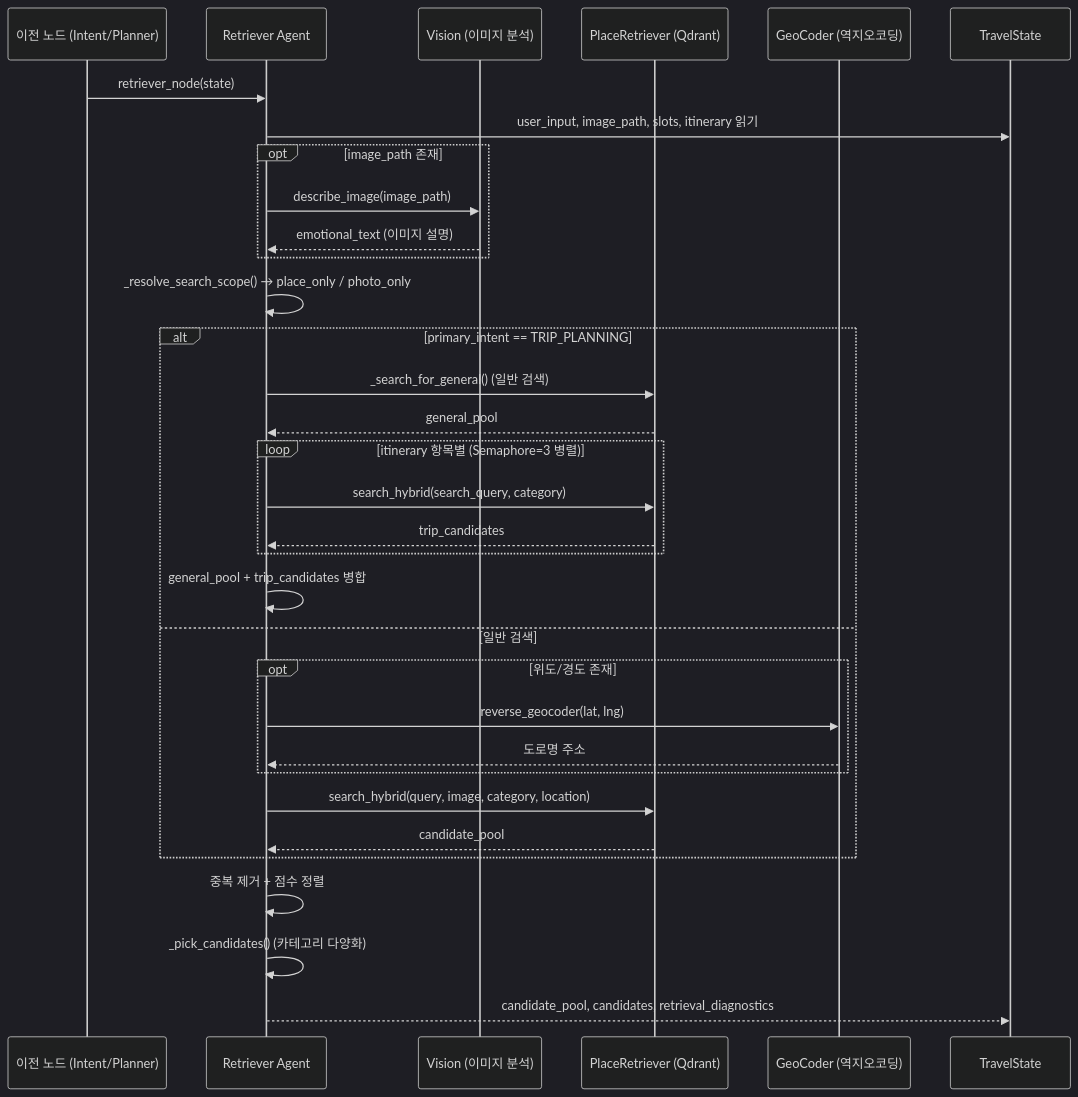
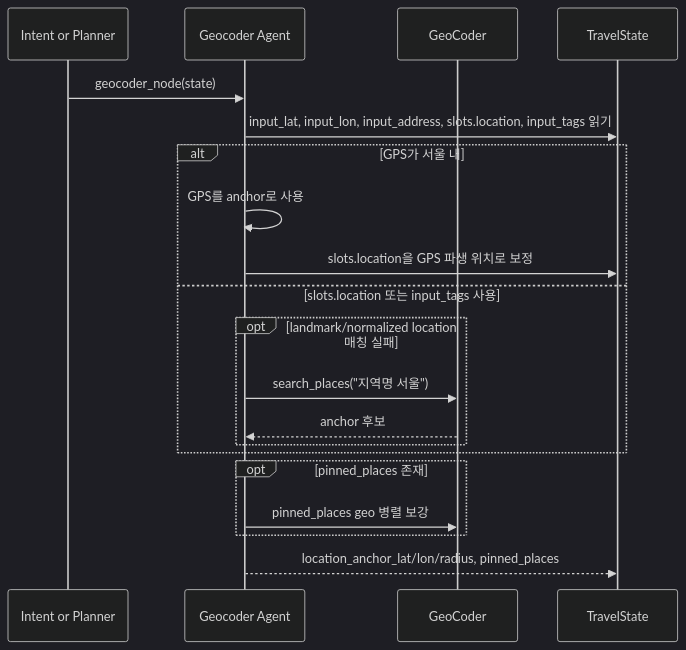
One commit to SKNETWORKS-FAMILY-AICAMP/SKN21-FINAL-2Team changed the fifth of 9 diagrams in docs/agent_sequence_diagrams.md. Above: the diagram before and after it, drawn with Mermaid (dark theme). The commit also changed other lines of this file and 6 other files, not shown here.

````diff
--- a/docs/agent_sequence_diagrams.md
+++ b/docs/agent_sequence_diagrams.md
@@ -245,40 +188,26 @@
 ```mermaid
 sequenceDiagram
-    participant Prev as 이전 노드 (Intent/Planner)
-    participant Retriever as Retriever Agent
-    participant Vision as Vision (이미지 분석)
-    participant PlaceDB as PlaceRetriever (Qdrant)
-    participant GeoCoder as GeoCoder (역지오코딩)
+    participant Prev as Intent or Planner
+    participant Geocoder as Geocoder Agent
+    participant Naver as GeoCoder
     participant State as TravelState
 
-    Prev->>Retriever: retriever_node(state)
-    Retriever->>State: user_input, image_path, slots, itinerary 읽기
+    Prev->>Geocoder: geocoder_node(state)
+    Geocoder->>State: input_lat, input_lon, input_address, slots.location, input_tags 읽기
 
-    opt image_path 존재
-        Retriever->>Vision: describe_image(image_path)
-        Vision-->>Retriever: emotional_text (이미지 설명)
+    alt GPS가 서울 내
+        Geocoder->>Geocoder: GPS를 anchor로 사용
+        Geocoder->>State: slots.location을 GPS 파생 위치로 보정
+    else slots.location 또는 input_tags 사용
+        opt landmark/normalized location 매칭 실패
+            Geocoder->>Naver: search_places("지역명 서울")
+            Naver-->>Geocoder: anchor 후보
+        end
     end
 
-    Retriever->>Retriever: _resolve_search_scope() → place_only / photo_only
-
-    alt primary_intent == TRIP_PLANNING
-        Retriever->>PlaceDB: _search_for_general() (일반 검색)
-        PlaceDB-->>Retriever: general_pool
-        loop itinerary 항목별 (Semaphore=3 병렬)
-            Retriever->>PlaceDB: search_hybrid(search_query, category)
-            PlaceDB-->>Retriever: trip_candidates
-        end
-        Retriever->>Retriever: general_pool + trip_candidates 병합
-    else 일반 검색
-        opt 위도/경도 존재
-            Retriever->>GeoCoder: reverse_geocoder(lat, lng)
-            GeoCoder-->>Retriever: 도로명 주소
-        end
-        Retriever->>PlaceDB: search_hybrid(query, image, category, location)
-        PlaceDB-->>Retriever: candidate_pool
+    opt pinned_places 존재
+        Geocoder->>Naver: pinned_places geo 병렬 보강
     end
 
-    Retriever->>Retriever: 중복 제거 + 점수 정렬
-    Retriever->>Retriever: _pick_candidates() (카테고리 다양화)
-    Retriever-->>State: candidate_pool, candidates, retrieval_diagnostics
+    Geocoder-->>State: location_anchor_lat/lon/radius, pinned_places
 ```
````
